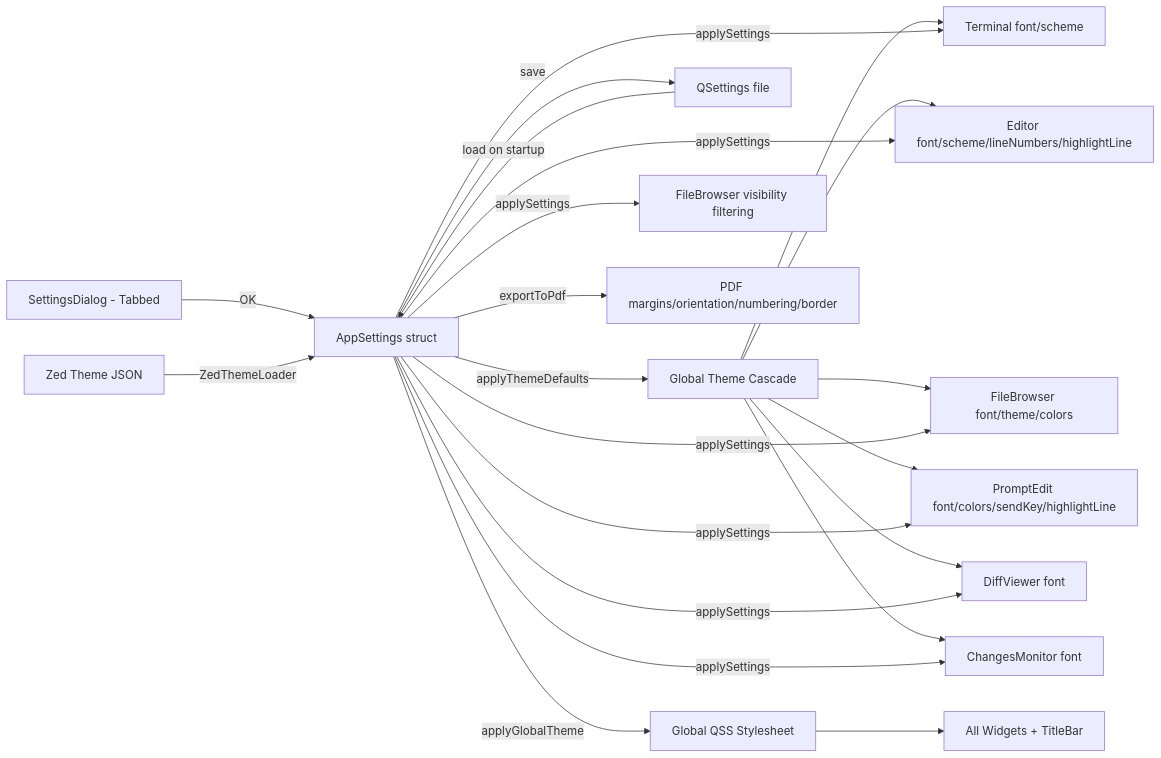
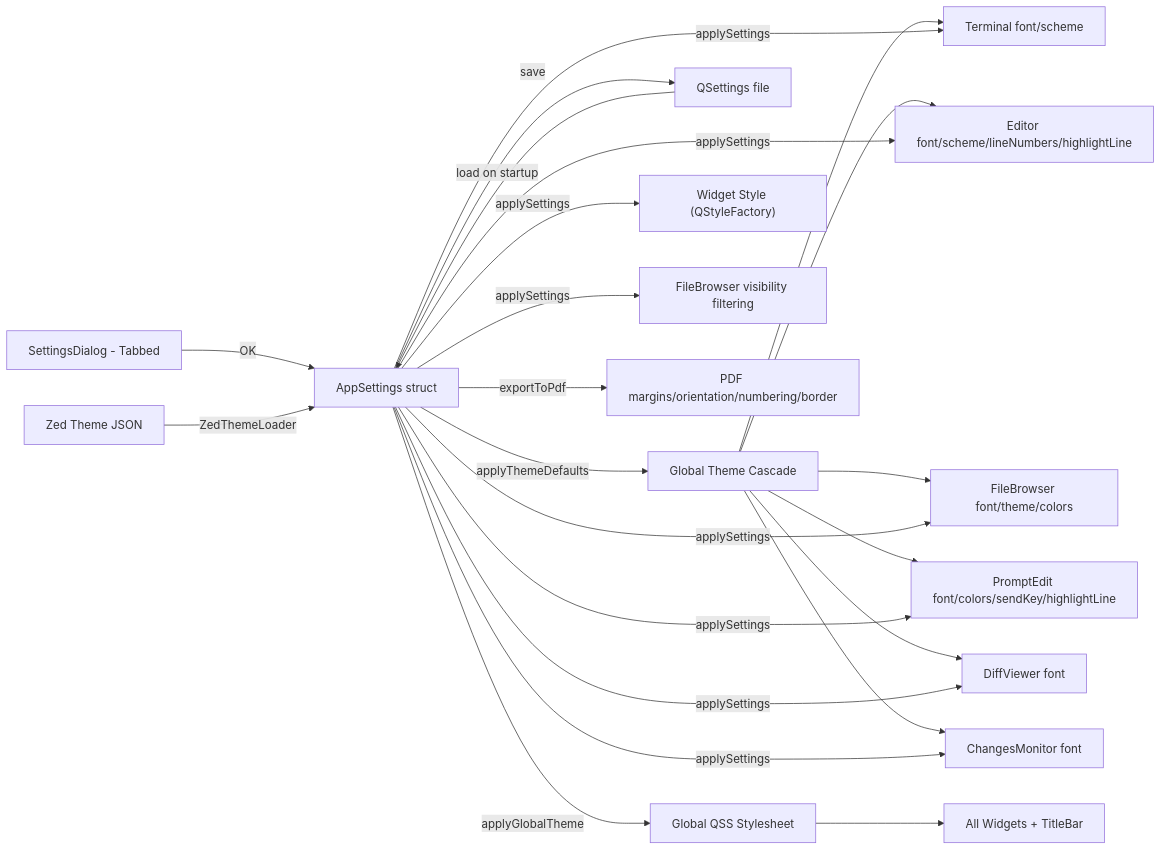
One commit to dkrse/vibe-coder changed diagram 15 of 20 in docs/diagrams.md. Above: the diagram before and after it, drawn with Mermaid. The commit also changed 9 other files, not shown here.

````diff
--- a/docs/diagrams.md
+++ b/docs/diagrams.md
@@ -577,19 +577,20 @@
 ```mermaid
 flowchart LR
     A[SettingsDialog - Tabbed] -->|OK| B[AppSettings struct]
     B -->|applyThemeDefaults| TH[Global Theme Cascade]
     ZED[Zed Theme JSON] -->|ZedThemeLoader| B
     TH --> D & E & F & G & DV & CM2
     B -->|save| C[QSettings file]
     B -->|applyGlobalTheme| SS[Global QSS Stylesheet]
     SS --> ALL[All Widgets + TitleBar]
+    B -->|applySettings| WS["Widget Style (QStyleFactory)"]
     B -->|applySettings| D[Terminal font/scheme]
     B -->|applySettings| E[Editor font/scheme/lineNumbers/highlightLine]
     B -->|applySettings| VIS[FileBrowser visibility filtering]
     B -->|applySettings| F[FileBrowser font/theme/colors]
     B -->|applySettings| G[PromptEdit font/colors/sendKey/highlightLine]
     B -->|applySettings| DV[DiffViewer font]
     B -->|applySettings| CM2[ChangesMonitor font]
     B -->|exportToPdf| PDF[PDF margins/orientation/numbering/border]
     C -->|load on startup| B
 ```
````
